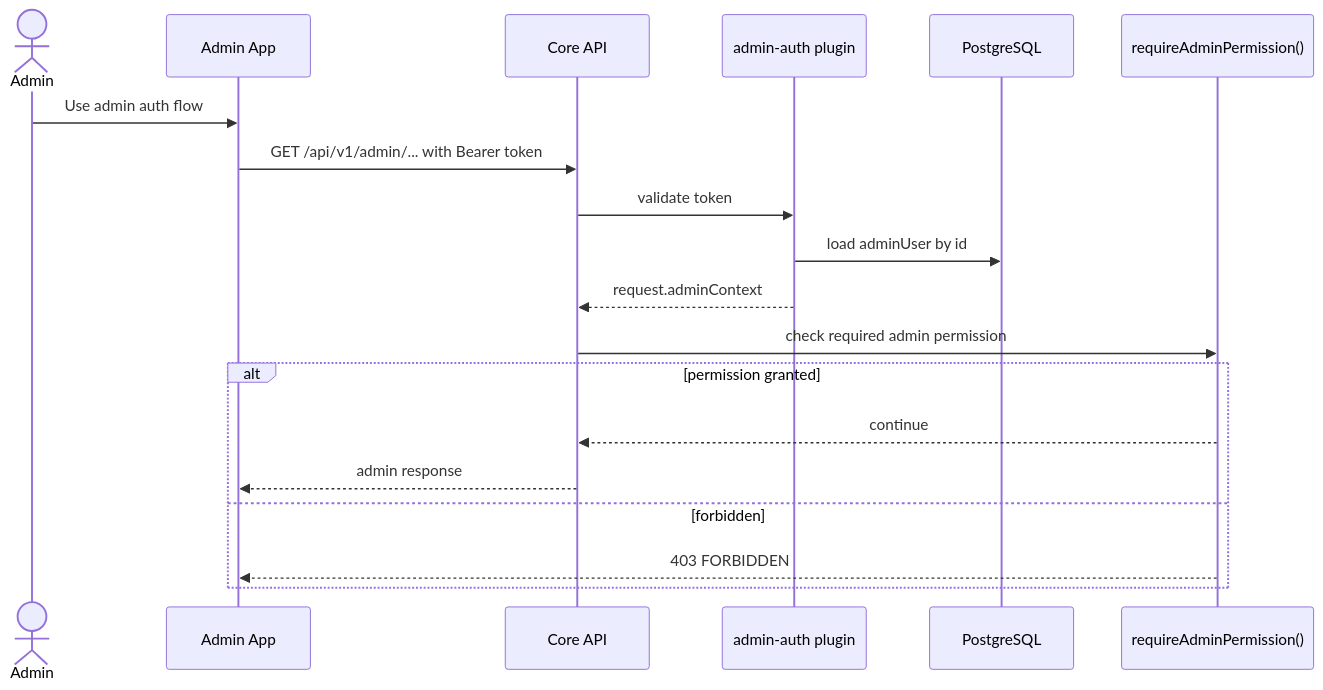
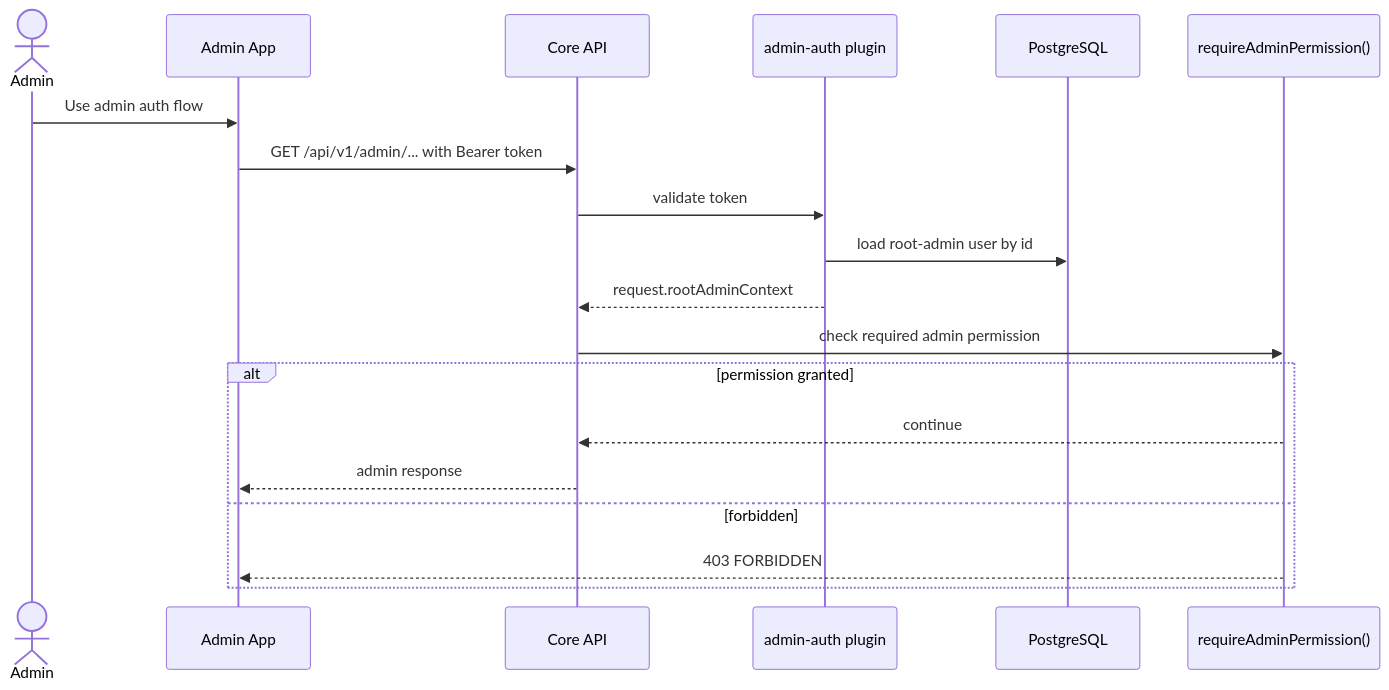
One commit to derek-dorazio/pool-master changed the fifth of 6 diagrams in docs/AUTHENTICATION-AUTHORIZATION.md. Above: the diagram before and after it, drawn with Mermaid. The commit also changed other lines of this file and 97 other files, not shown here.

Commit message:
Clean service stack drift and finish My Account profile flows

````diff
--- a/docs/AUTHENTICATION-AUTHORIZATION.md
+++ b/docs/AUTHENTICATION-AUTHORIZATION.md
@@ -349,22 +342,22 @@
 ```mermaid
 sequenceDiagram
     actor Admin
     participant UI as Admin App
     participant API as Core API
     participant Plugin as admin-auth plugin
     participant DB as PostgreSQL
     participant Perm as requireAdminPermission()
 
     Admin->>UI: Use admin auth flow
     UI->>API: GET /api/v1/admin/... with Bearer token
     API->>Plugin: validate token
-    Plugin->>DB: load adminUser by id
-    Plugin-->>API: request.adminContext
+    Plugin->>DB: load root-admin user by id
+    Plugin-->>API: request.rootAdminContext
     API->>Perm: check required admin permission
     alt permission granted
         Perm-->>API: continue
         API-->>UI: admin response
     else forbidden
         Perm-->>UI: 403 FORBIDDEN
     end
 ```
````
